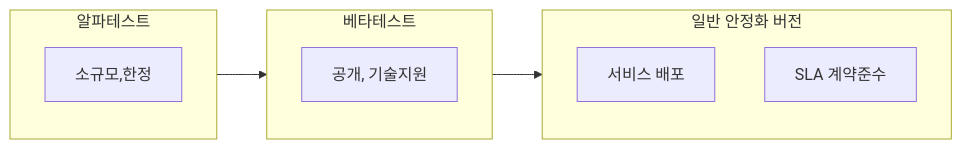
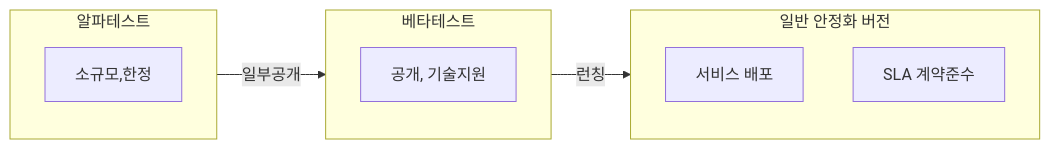
The second of 2 diagrams in blog/pe/sw/acceptance-test.md (gracefullight/gracefullight.github.io), drawn with Mermaid before and after one commit. The commit also changed 3 other files, not shown here.

````diff
--- a/blog/pe/sw/acceptance-test.md
+++ b/blog/pe/sw/acceptance-test.md
@@ -40,18 +40,18 @@
 ```mermaid
 graph LR
   subgraph 알파테스트
     소규모,한정
   end
 
-  알파테스트 --> 베타테스트
+  알파테스트 -->|일부공개| 베타테스트
 
   subgraph 베타테스트
     공개지원[공개, 기술지원]
   end
 
-  베타테스트 --> 일반안정화버전
+  베타테스트 -->|런칭| 일반안정화버전
   subgraph 일반안정화버전[일반 안정화 버전]
     배포[서비스 배포]
     계약준수[SLA 계약준수]
   end
 ```
````
